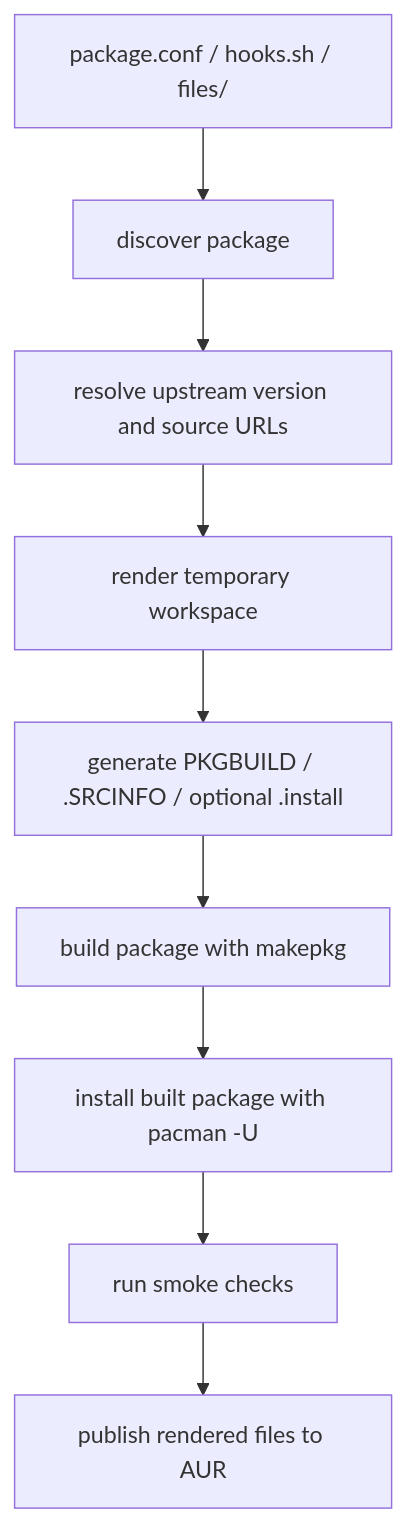
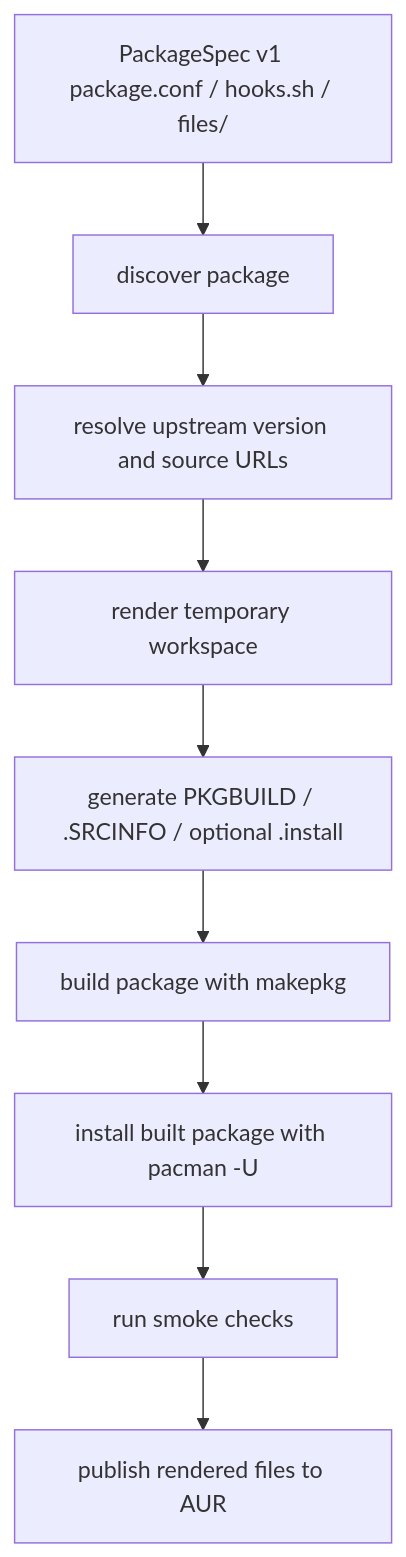
The first of 4 diagrams in docs/WORKFLOW.md (theorangeguo/aur-packages), drawn with Mermaid before and after one commit. The commit also changed other lines of this file and 26 other files, not shown here.

Commit message:
feat: add PackageSpec v1 normalization

````diff
--- a/docs/WORKFLOW.md
+++ b/docs/WORKFLOW.md
@@ -27,11 +27,11 @@
 ```mermaid
 flowchart TD
-    A[package.conf / hooks.sh / files/] --> B[discover package]
+    A[PackageSpec v1 package.conf / hooks.sh / files/] --> B[discover package]
     B --> C[resolve upstream version and source URLs]
     C --> D[render temporary workspace]
     D --> E[generate PKGBUILD / .SRCINFO / optional .install]
     E --> F[build package with makepkg]
     F --> G[install built package with pacman -U]
     G --> H[run smoke checks]
     H --> I[publish rendered files to AUR]
 ```
````
